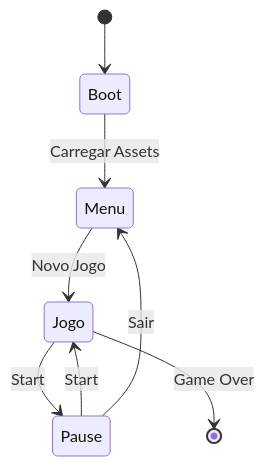
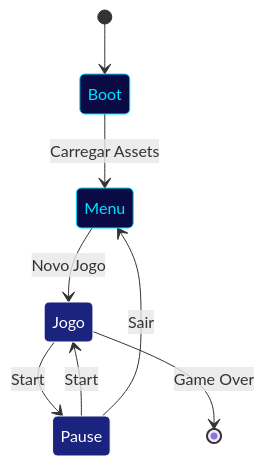
Before and after one commit to PedroQuimelo/Krone_PS2: the first of 2 diagrams in docs/fluxo_dados.md, drawn with Mermaid.

````diff
--- a/docs/fluxo_dados.md
+++ b/docs/fluxo_dados.md
@@ -18,10 +18,16 @@
 ```mermaid
 stateDiagram-v2
     [*] --> Boot
     Boot --> Menu: Carregar Assets
     Menu --> Jogo: Novo Jogo
     Jogo --> Pause: Start
     Pause --> Jogo: Start
     Pause --> Menu: Sair
     Jogo --> [*]: Game Over
+
+%% --- ÁREA DE PINTURA ---
+    style Boot fill:#0a0a45,color:#00e5ff,stroke:#00e5ff
+    style Menu fill:#0a0a45,color:#00e5ff,stroke:#00e5ff
+    style Jogo fill:#1a237e,color:#fff,stroke:#fff
+    style Pause fill:#1a237e,color:#fff,stroke:#fff
 ```
````
